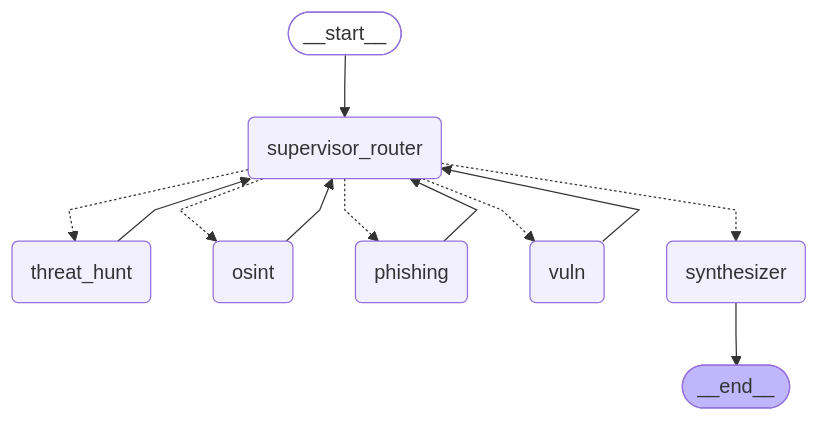
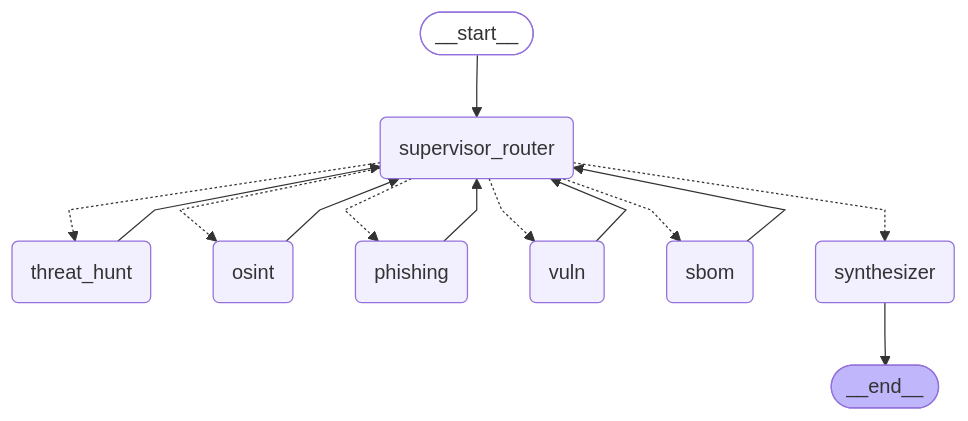
The diagram in docs/graphs/supervisor_overview.mmd (Aman9868/Argus-Security-Agents-), drawn with Mermaid before and after one commit. The commit also changed 27 other files, not shown here.

```diff
--- a/docs/graphs/supervisor_overview.mmd
+++ b/docs/graphs/supervisor_overview.mmd
@@ -1,28 +1,31 @@
 ---
 config:
   flowchart:
     curve: linear
 ---
 graph TD;
 	__start__([<p>__start__</p>]):::first
 	threat_hunt(threat_hunt)
 	osint(osint)
 	phishing(phishing)
 	vuln(vuln)
+	sbom(sbom)
 	supervisor_router(supervisor_router)
 	synthesizer(synthesizer)
 	__end__([<p>__end__</p>]):::last
 	__start__ --> supervisor_router;
 	osint --> supervisor_router;
 	phishing --> supervisor_router;
+	sbom --> supervisor_router;
 	supervisor_router -.-> osint;
 	supervisor_router -.-> phishing;
+	supervisor_router -.-> sbom;
 	supervisor_router -.-> synthesizer;
 	supervisor_router -.-> threat_hunt;
 	supervisor_router -.-> vuln;
 	threat_hunt --> supervisor_router;
 	vuln --> supervisor_router;
 	synthesizer --> __end__;
 	classDef default fill:#f2f0ff,line-height:1.2
 	classDef first fill-opacity:0
 	classDef last fill:#bfb6fc
```
